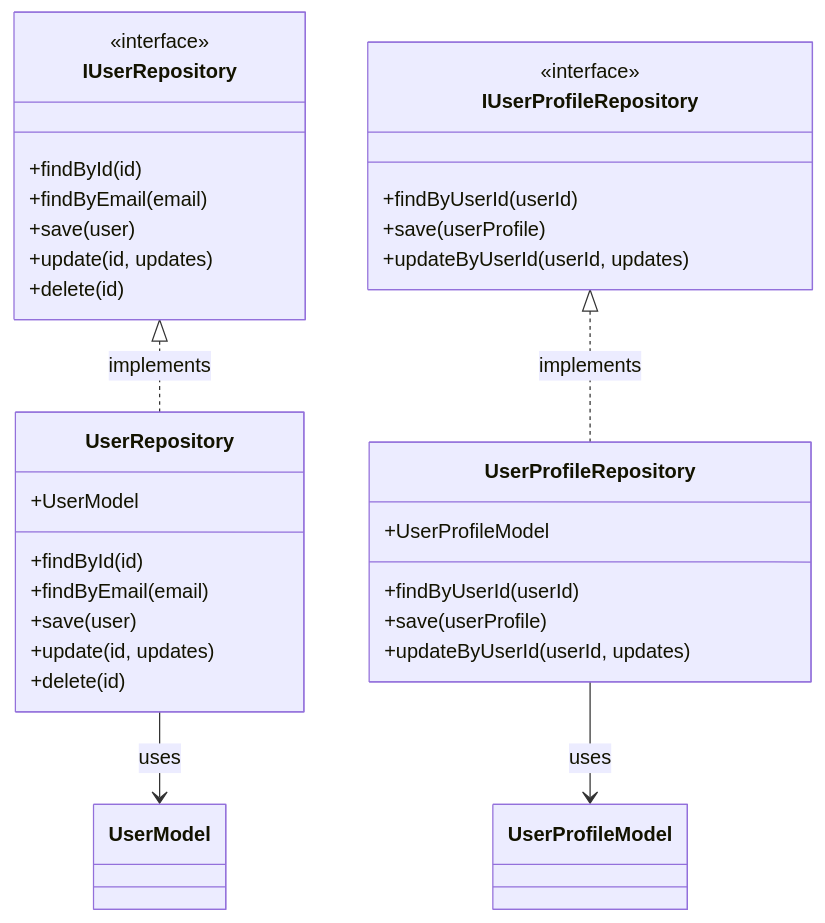
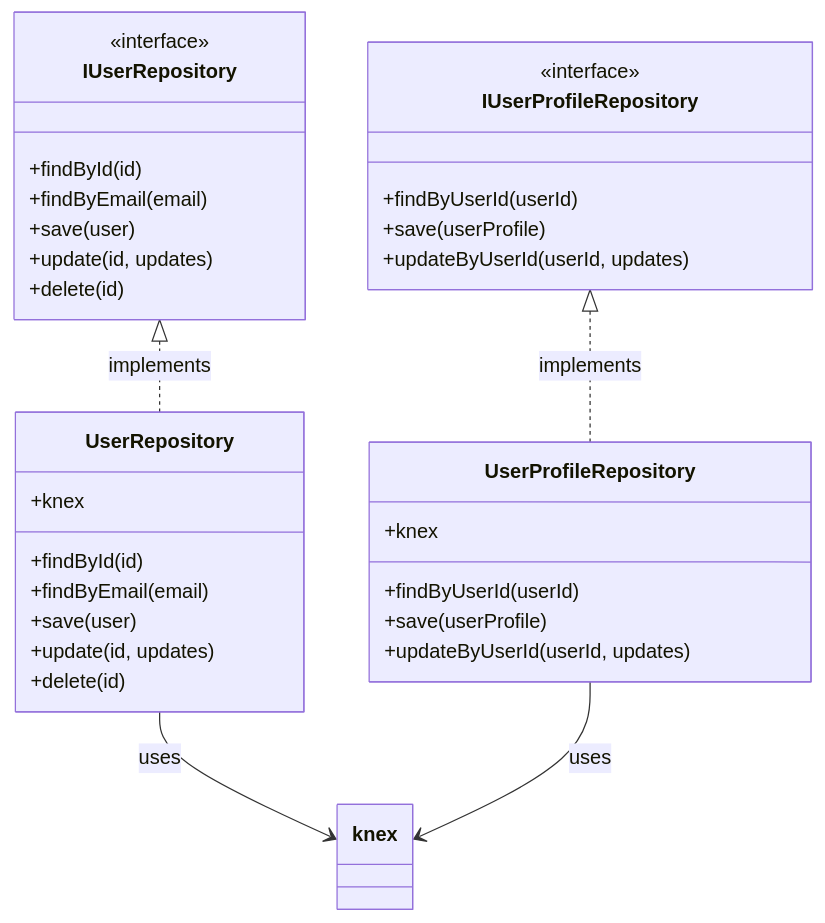
One commit to josephnguyen-macusaone/abc-dashboard changed the seventh of 13 diagrams in backend/docs/architecture/infrastructure-layer.md. Above: the diagram before and after it, drawn with Mermaid. The commit also changed other lines of this file and 141 other files, not shown here.

````diff
--- a/backend/docs/architecture/infrastructure-layer.md
+++ b/backend/docs/architecture/infrastructure-layer.md
@@ -290,40 +290,40 @@
 ```mermaid
 classDiagram
     class IUserRepository {
         <<interface>>
         +findById(id)
         +findByEmail(email)
         +save(user)
         +update(id, updates)
         +delete(id)
     }
 
     class UserRepository {
-        +UserModel
+        +knex
         +findById(id)
         +findByEmail(email)
         +save(user)
         +update(id, updates)
         +delete(id)
     }
 
     class IUserProfileRepository {
         <<interface>>
         +findByUserId(userId)
         +save(userProfile)
         +updateByUserId(userId, updates)
     }
 
     class UserProfileRepository {
-        +UserProfileModel
+        +knex
         +findByUserId(userId)
         +save(userProfile)
         +updateByUserId(userId, updates)
     }
 
     IUserRepository <|.. UserRepository : implements
     IUserProfileRepository <|.. UserProfileRepository : implements
 
-    UserRepository --> UserModel : uses
-    UserProfileRepository --> UserProfileModel : uses
+    UserRepository --> knex : uses
+    UserProfileRepository --> knex : uses
 ```
````
